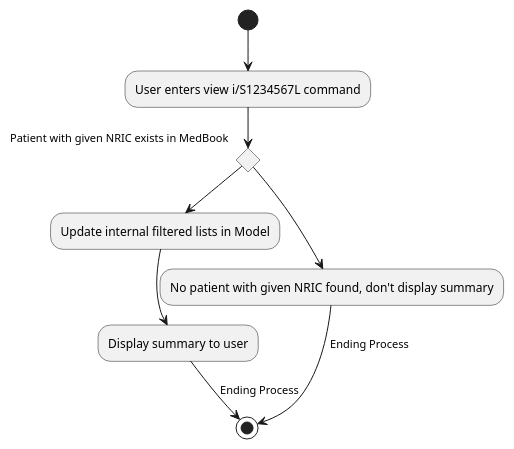
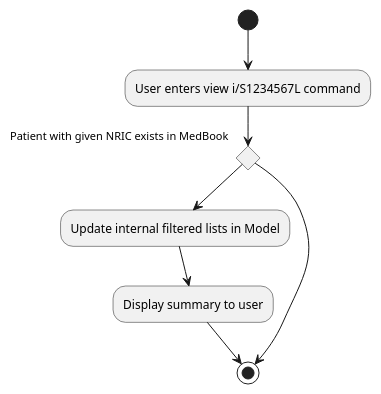
Before and after one commit to nus-cs2103-AY2122S2/tp: the diagram in docs/diagrams/ViewSummaryActivityDiagram.puml, drawn with PlantUML. The commit also changed 6 other files, not shown here.

```diff
--- a/docs/diagrams/ViewSummaryActivityDiagram.puml
+++ b/docs/diagrams/ViewSummaryActivityDiagram.puml
@@ -1,10 +1,9 @@
 @startuml
 (*) --> "User enters view i/S1234567L command"
 if "Patient with given NRIC exists in MedBook" then
     --> "Update internal filtered lists in Model"
     --> "Display summary to user"
-  --> [Ending Process] (*)
+  --> (*)
 else
-  --> "No patient with given NRIC found, don't display summary"
-  --> [Ending Process] (*)
+  --> (*)
 @enduml
```
